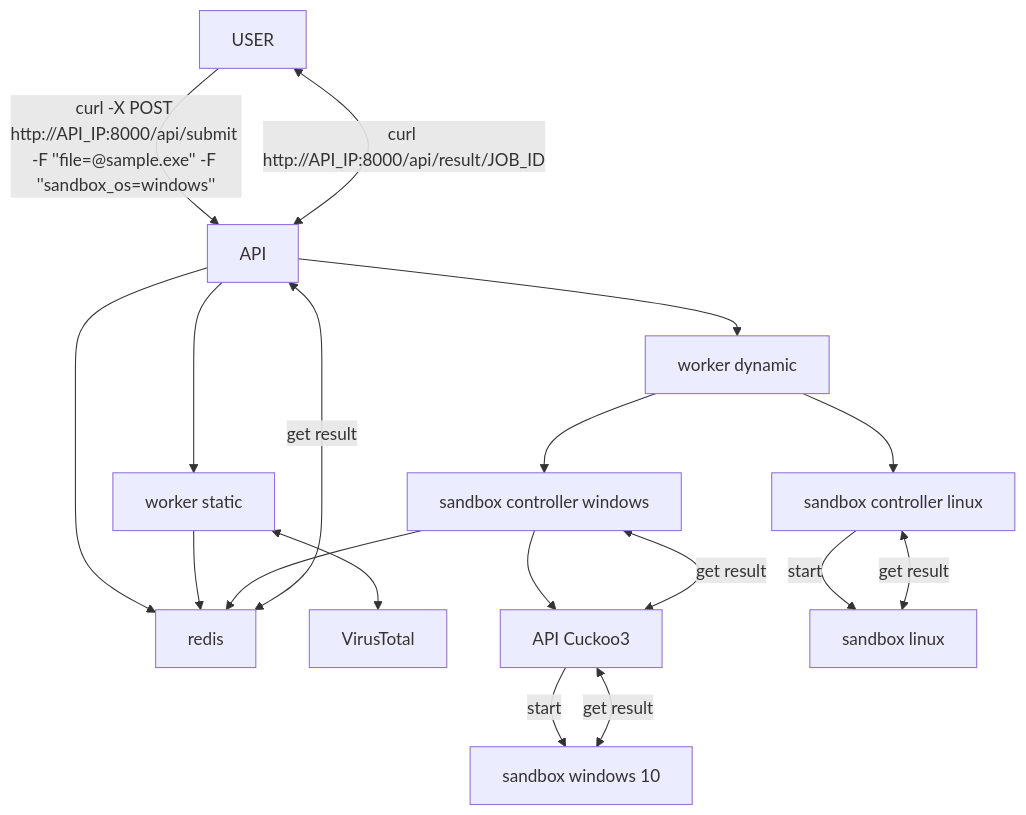
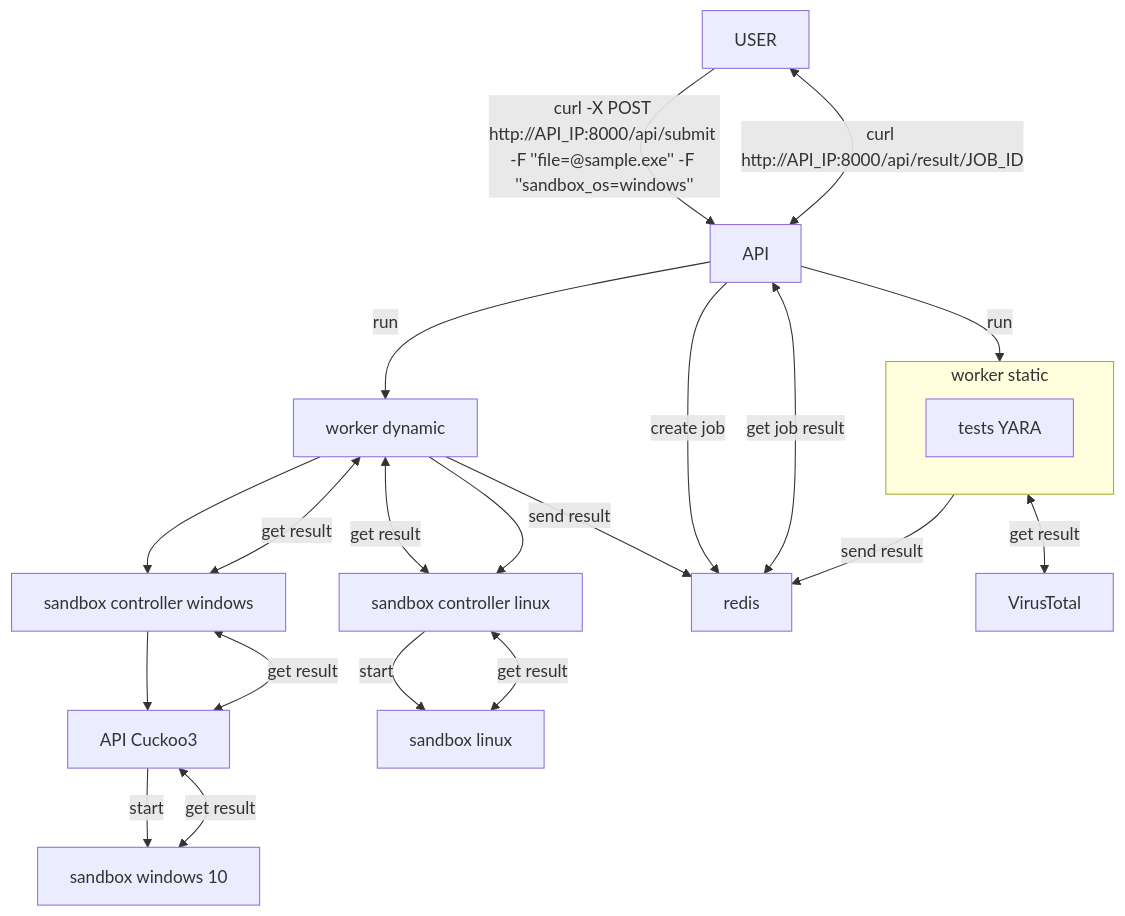
Before and after one commit to na-teag/PFE: the second of 3 diagrams in docs/ARCHITECTURE.md, drawn with Mermaid. The commit also changed other lines of this file and 2 other files, not shown here.

````diff
--- a/docs/ARCHITECTURE.md
+++ b/docs/ARCHITECTURE.md
@@ -34,24 +35,29 @@
 ```mermaid
 flowchart TD    
     USER-->|curl -X POST http://API_IP:8000/api/submit -F ''file=@sample.exe'' -F ''sandbox_os=windows''|API
-    API --> redis
-    API --> worker1[worker static]
-    API --> worker2[worker dynamic]
-    worker2 --> controller[sandbox controller windows]
-    worker2 --> controllerlinux[sandbox controller linux]
-    worker1 <--> VT[VirusTotal]
-    controller --> cuckoo[API Cuckoo3]
-    controllerlinux -->|start| sandboxebpf[sandbox linux]
-    controllerlinux <-->|get result| sandboxebpf
+    subgraph worker1[worker static]
+        tests[tests YARA]
+    end
+    API -->|run| worker1
+    worker1 -->|send result| redis
+    worker1 <-->|get result| VT[VirusTotal]
+    API -->|run| worker2[worker dynamic]
+    API -->|create job| redis
+    worker2 --> controller_windows[sandbox controller windows]
+    controller_windows --> cuckoo[API Cuckoo3]
+    controller_linux -->|start| sandboxebpf[sandbox linux]
+    controller_linux <-->|get result| sandboxebpf
     cuckoo -->|start| sandbox[sandbox windows 10]
     cuckoo <-->|get result| sandbox
-    controller <-->|get result| cuckoo
-    worker1 --> redis
-    controller --> redis
+    controller_windows <-->|get result| cuckoo
+    worker2 <-->|get result| controller_windows
+    worker2 <-->|get result| controller_linux
+    worker2 --> controller_linux[sandbox controller linux]
     USER <-->|curl http://API_IP:8000/api/result/JOB_ID| API
-    API <-->|get result| redis
+    API <-->|get job result| redis
+    worker2 -->|send result| redis
     click VT "https://virustotal.com" "VirusTotal" _blank
-    click redis " https://redis.io/" "redis" _blank
-    click redis2 " https://redis.io/" "redis" _blank
+    click redis "https://redis.io/" "redis" _blank
+    click cuckoo "https://github.com/cert-ee/cuckoo3" "API Cuckoo3" _blank
    
 ```
````
